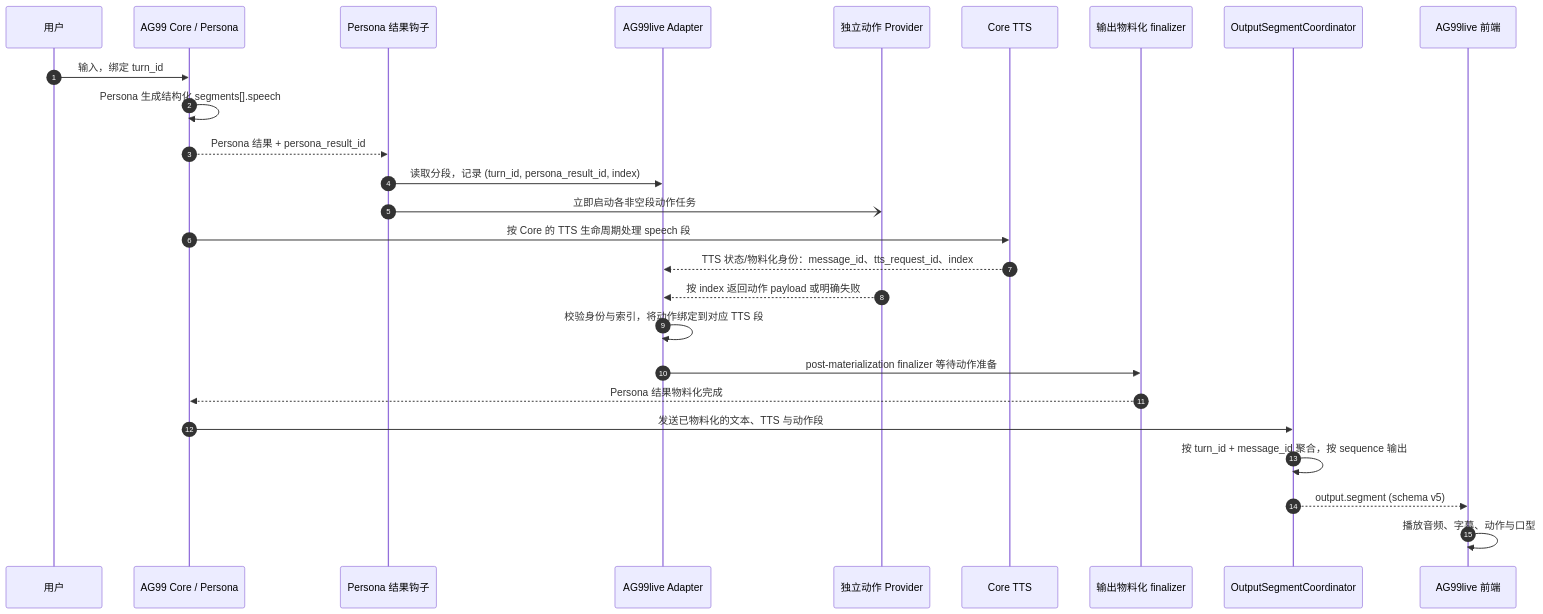
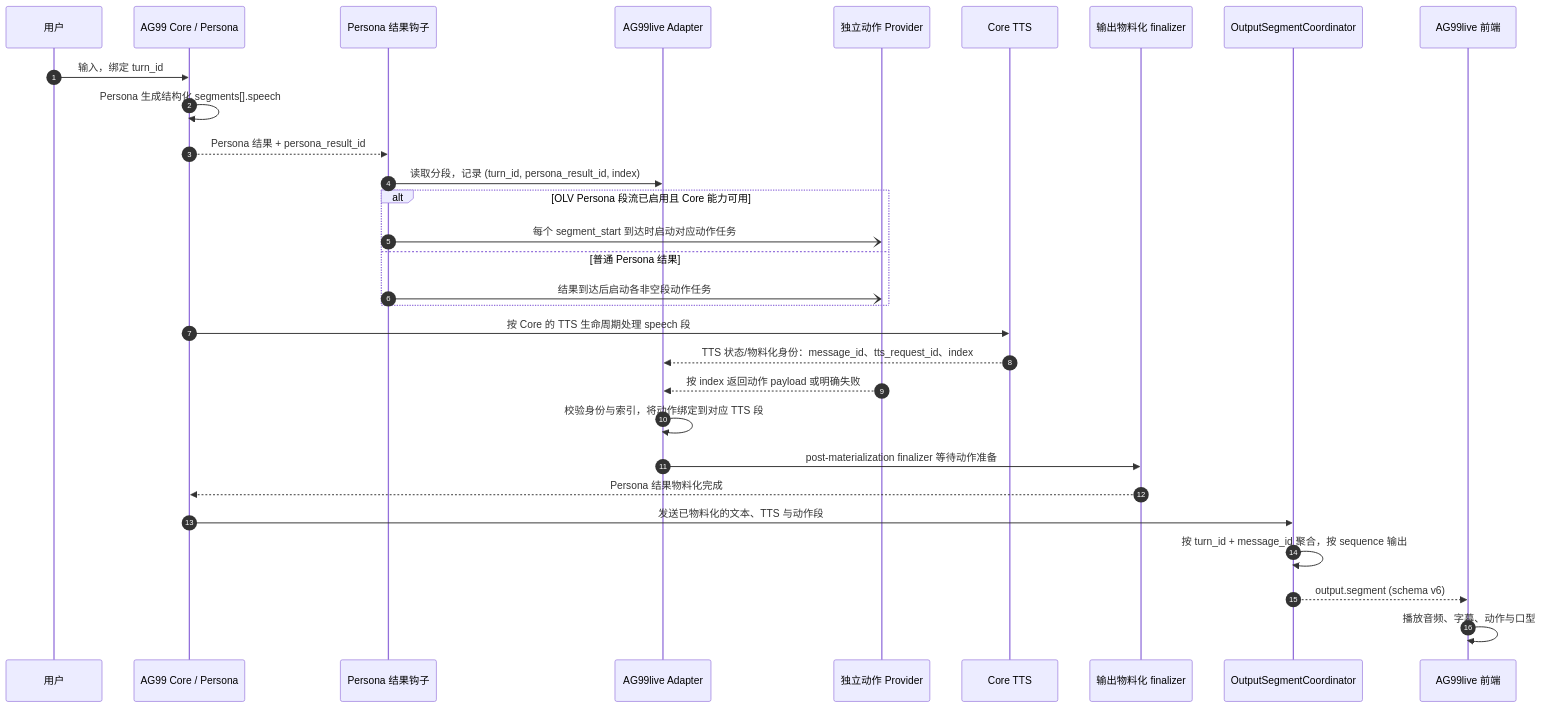
Before and after one commit to murphys7017/AG99live: the diagram in docs/01-架构与结构/07-动作生成与Persona分段关联.md, drawn with Mermaid. The commit also changed other lines of this file and 31 other files, not shown here.

Commit message:
refactor: unify independent motion by Persona segment

````diff
--- a/docs/01-架构与结构/07-动作生成与Persona分段关联.md
+++ b/docs/01-架构与结构/07-动作生成与Persona分段关联.md
@@ -25,29 +24,33 @@
 ```mermaid
 sequenceDiagram
     autonumber
     participant U as 用户
     participant A as AG99 Core / Persona
     participant H as Persona 结果钩子
     participant P as AG99live Adapter
     participant M as 独立动作 Provider
     participant T as Core TTS
     participant F as 输出物料化 finalizer
     participant O as OutputSegmentCoordinator
     participant UI as AG99live 前端
 
     U->>A: 输入，绑定 turn_id
     A->>A: Persona 生成结构化 segments[].speech
     A-->>H: Persona 结果 + persona_result_id
     H->>P: 读取分段，记录 (turn_id, persona_result_id, index)
-    H-)M: 立即启动各非空段动作任务
+    alt OLV Persona 段流已启用且 Core 能力可用
+        H-)M: 每个 segment_start 到达时启动对应动作任务
+    else 普通 Persona 结果
+        H-)M: 结果到达后启动各非空段动作任务
+    end
     A->>T: 按 Core 的 TTS 生命周期处理 speech 段
     T-->>P: TTS 状态/物料化身份：message_id、tts_request_id、index
     M-->>P: 按 index 返回动作 payload 或明确失败
     P->>P: 校验身份与索引，将动作绑定到对应 TTS 段
     P->>F: post-materialization finalizer 等待动作准备
     F-->>A: Persona 结果物料化完成
     A->>O: 发送已物料化的文本、TTS 与动作段
     O->>O: 按 turn_id + message_id 聚合，按 sequence 输出
-    O-->>UI: output.segment (schema v5)
+    O-->>UI: output.segment (schema v6)
     UI->>UI: 播放音频、字幕、动作与口型
 ```
````
